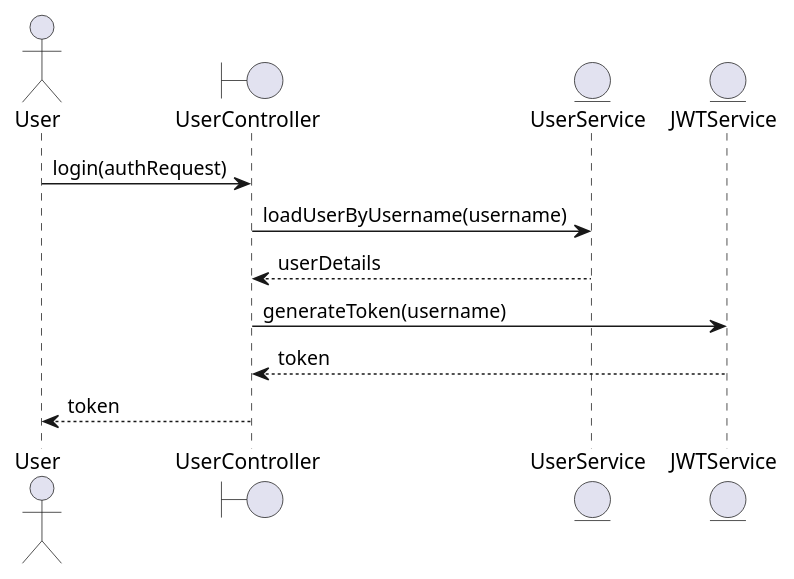
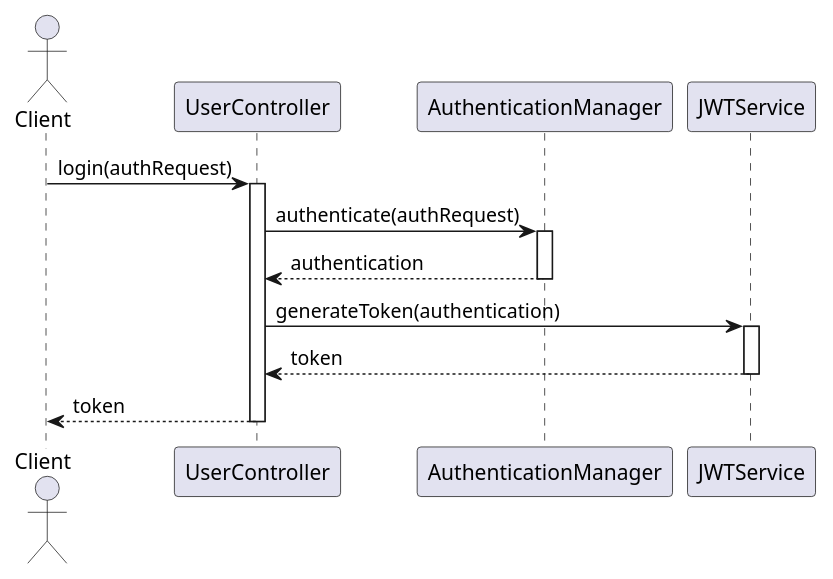
The second of 5 diagrams in identityprovider/documentation/detaileddesign.adoc (Dinesh-s95/AutoDoc.ai), drawn with PlantUML before and after one commit. The commit also changed other lines of this file and 15 other files, not shown here.

````diff
--- a/identityprovider/documentation/detaileddesign.adoc
+++ b/identityprovider/documentation/detaileddesign.adoc
@@ -164,16 +221,26 @@
-[plantuml, authentication-sequence, png]
-----
+```plantuml
 @startuml
-actor User
-boundary UserController
-entity UserService
-entity JWTService
+actor Client
+participant UserController
+participant AuthenticationManager
+participant JWTService
 
-User -> UserController : login(authRequest)
-UserController -> UserService : loadUserByUsername(username)
-UserService --> UserController : userDetails
-UserController -> JWTService : generateToken(username)
+Client -> UserController : login(authRequest)
+activate UserController
+
+UserController -> AuthenticationManager : authenticate(authRequest)
+activate AuthenticationManager
+
+AuthenticationManager --> UserController : authentication
+deactivate AuthenticationManager
+
+UserController -> JWTService : generateToken(authentication)
+activate JWTService
+
 JWTService --> UserController : token
-UserController --> User : token
+deactivate JWTService
+
+UserController --> Client : token
+deactivate UserController
 @enduml
-----
+```
````
